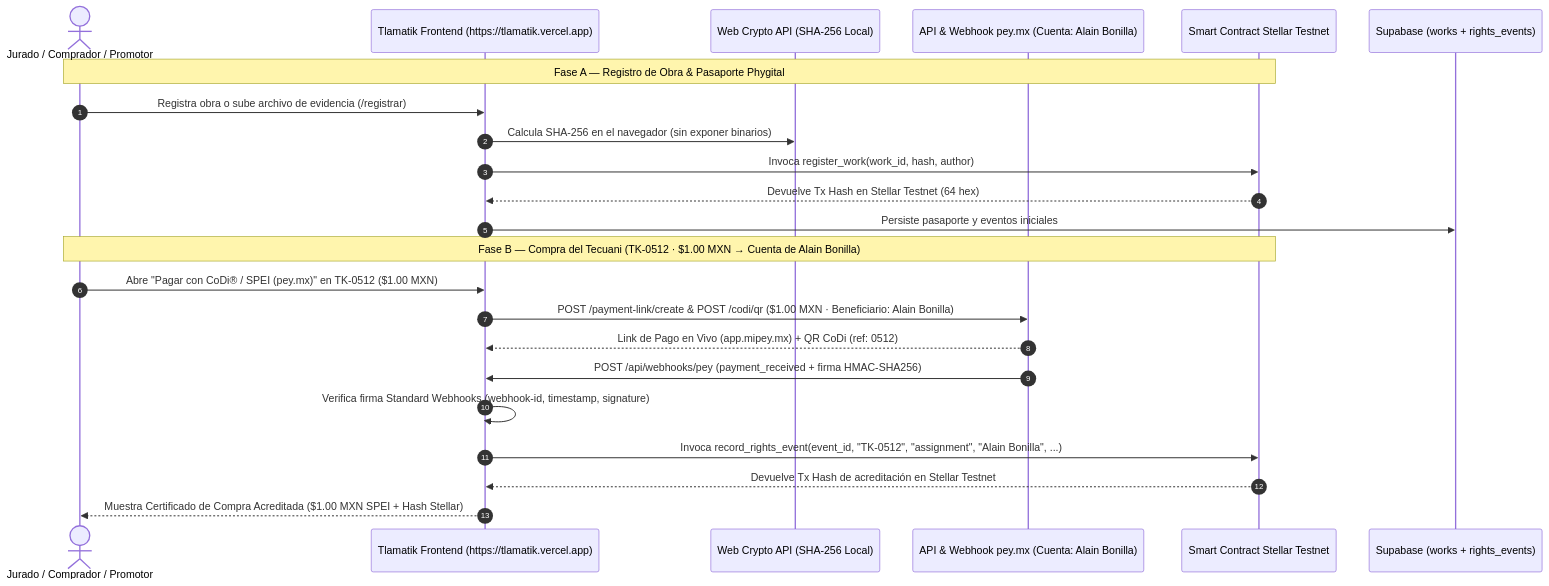
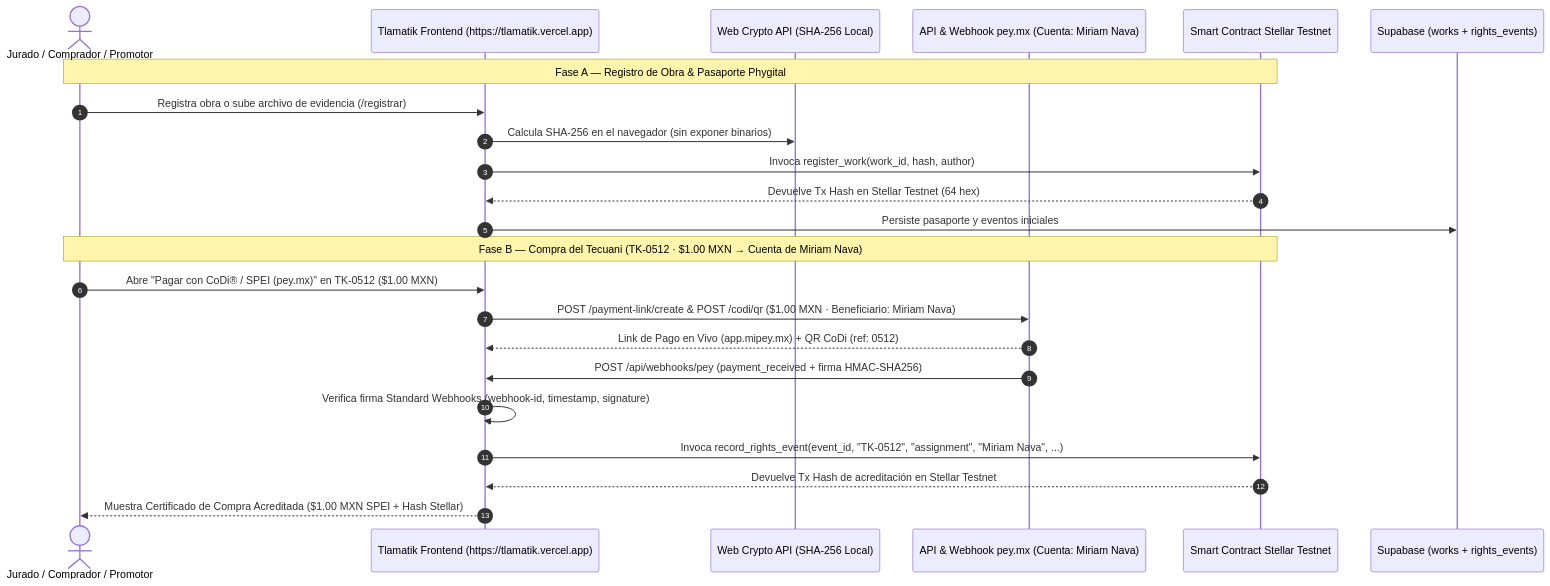
One commit to aeh-bonilla/ancestral-craft-passport changed the diagram in docs/GUIA_JURADO_E2E.md. Above: the diagram before and after it, drawn with Mermaid. The commit also changed other lines of this file and 5 other files, not shown here.

Commit message:
feat(artisan): assign Tecuani TK-0512 to active artisan Miriam Nava and set CLABE 012180015355682429

````diff
--- a/docs/GUIA_JURADO_E2E.md
+++ b/docs/GUIA_JURADO_E2E.md
@@ -9,27 +9,27 @@
 ```mermaid
 sequenceDiagram
     autonumber
     actor Juez as Jurado / Comprador / Promotor
     participant UI as Tlamatik Frontend (https://tlamatik.vercel.app)
     participant Crypto as Web Crypto API (SHA-256 Local)
-    participant Pey as API & Webhook pey.mx (Cuenta: Alain Bonilla)
+    participant Pey as API & Webhook pey.mx (Cuenta: Miriam Nava)
     participant Soroban as Smart Contract Stellar Testnet
     participant DB as Supabase (works + rights_events)
 
     Note over Juez,Soroban: Fase A — Registro de Obra & Pasaporte Phygital
     Juez->>UI: Registra obra o sube archivo de evidencia (/registrar)
     UI->>Crypto: Calcula SHA-256 en el navegador (sin exponer binarios)
     UI->>Soroban: Invoca register_work(work_id, hash, author)
     Soroban-->>UI: Devuelve Tx Hash en Stellar Testnet (64 hex)
     UI->>DB: Persiste pasaporte y eventos iniciales
 
-    Note over Juez,Soroban: Fase B — Compra del Tecuani (TK-0512 · $1.00 MXN → Cuenta de Alain Bonilla)
+    Note over Juez,Soroban: Fase B — Compra del Tecuani (TK-0512 · $1.00 MXN → Cuenta de Miriam Nava)
     Juez->>UI: Abre "Pagar con CoDi® / SPEI (pey.mx)" en TK-0512 ($1.00 MXN)
-    UI->>Pey: POST /payment-link/create & POST /codi/qr ($1.00 MXN · Beneficiario: Alain Bonilla)
+    UI->>Pey: POST /payment-link/create & POST /codi/qr ($1.00 MXN · Beneficiario: Miriam Nava)
     Pey-->>UI: Link de Pago en Vivo (app.mipey.mx) + QR CoDi (ref: 0512)
     Pey->>UI: POST /api/webhooks/pey (payment_received + firma HMAC-SHA256)
     UI->>UI: Verifica firma Standard Webhooks (webhook-id, timestamp, signature)
-    UI->>Soroban: Invoca record_rights_event(event_id, "TK-0512", "assignment", "Alain Bonilla", ...)
+    UI->>Soroban: Invoca record_rights_event(event_id, "TK-0512", "assignment", "Miriam Nava", ...)
     Soroban-->>UI: Devuelve Tx Hash de acreditación en Stellar Testnet
     UI-->>Juez: Muestra Certificado de Compra Acreditada ($1.00 MXN SPEI + Hash Stellar)
 ```
````
